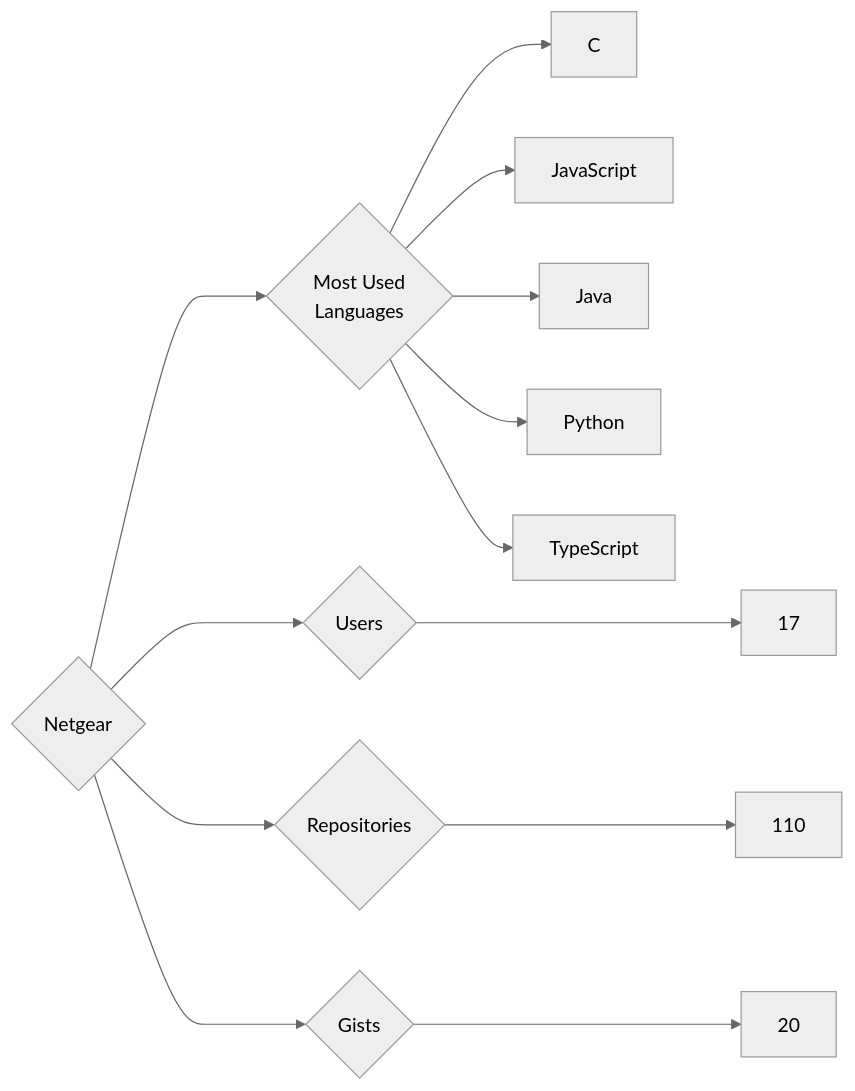
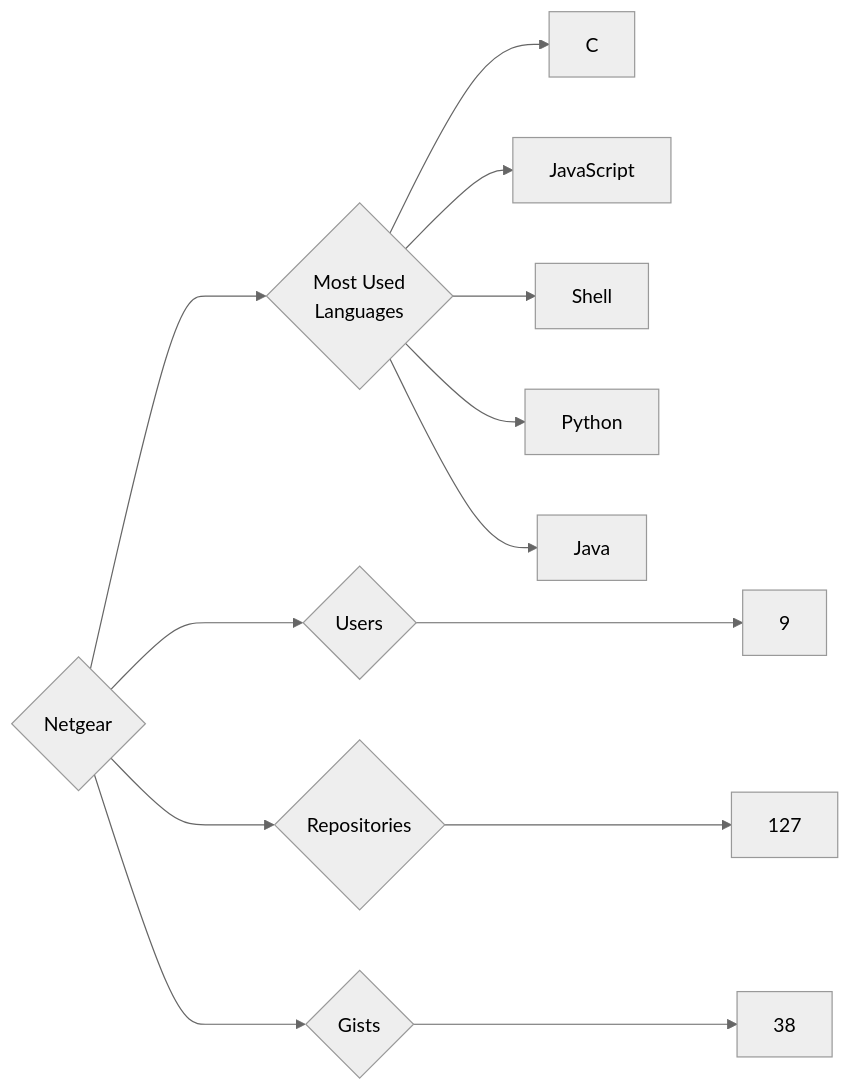
Before and after one commit to trickest/insiders: the diagram in targets/Netgear/README.md, drawn with Mermaid (neutral theme). The commit also changed 903 other files, not shown here.

````diff
--- a/targets/Netgear/README.md
+++ b/targets/Netgear/README.md
@@ -3,13 +3,13 @@
 ```mermaid
 graph LR
 COMPANY_NAME{Netgear}
-COMPANY_NAME ---> U{Users} ---> UN[17]
-COMPANY_NAME ---> R{Repositories} ---> RN[110]
-COMPANY_NAME ---> G{Gists} ---> GN[20]
+COMPANY_NAME ---> U{Users} ---> UN[9]
+COMPANY_NAME ---> R{Repositories} ---> RN[127]
+COMPANY_NAME ---> G{Gists} ---> GN[38]
 COMPANY_NAME ---> ML{Most Used<br>Languages}
 ML --> C[C]
 ML --> JavaScript[JavaScript]
+ML --> Shell[Shell]
+ML --> Python[Python]
 ML --> Java[Java]
-ML --> Python[Python]
-ML --> TypeScript[TypeScript]
 ```
````
